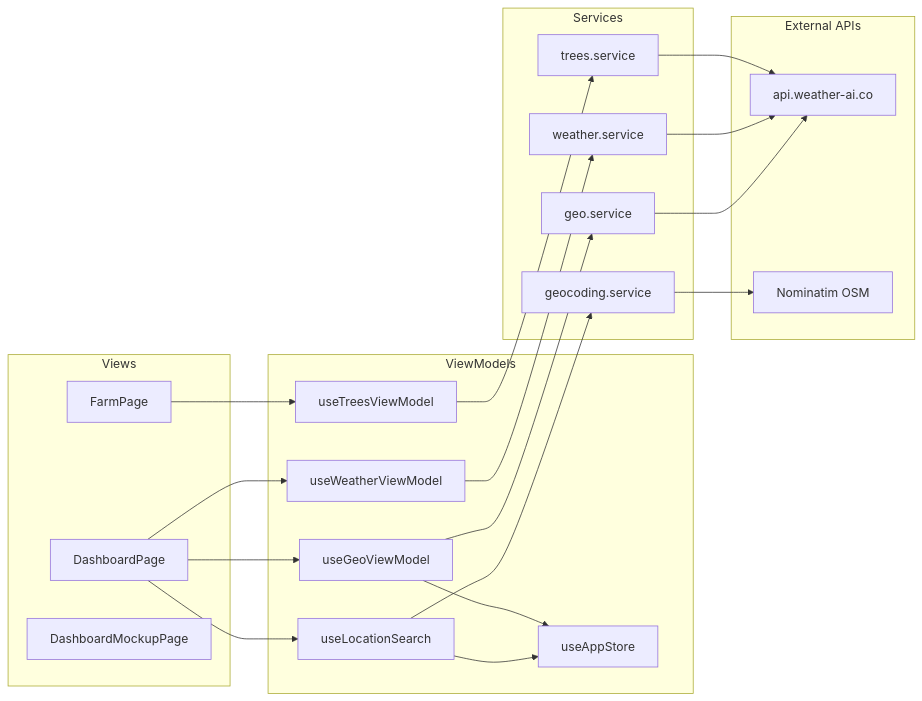
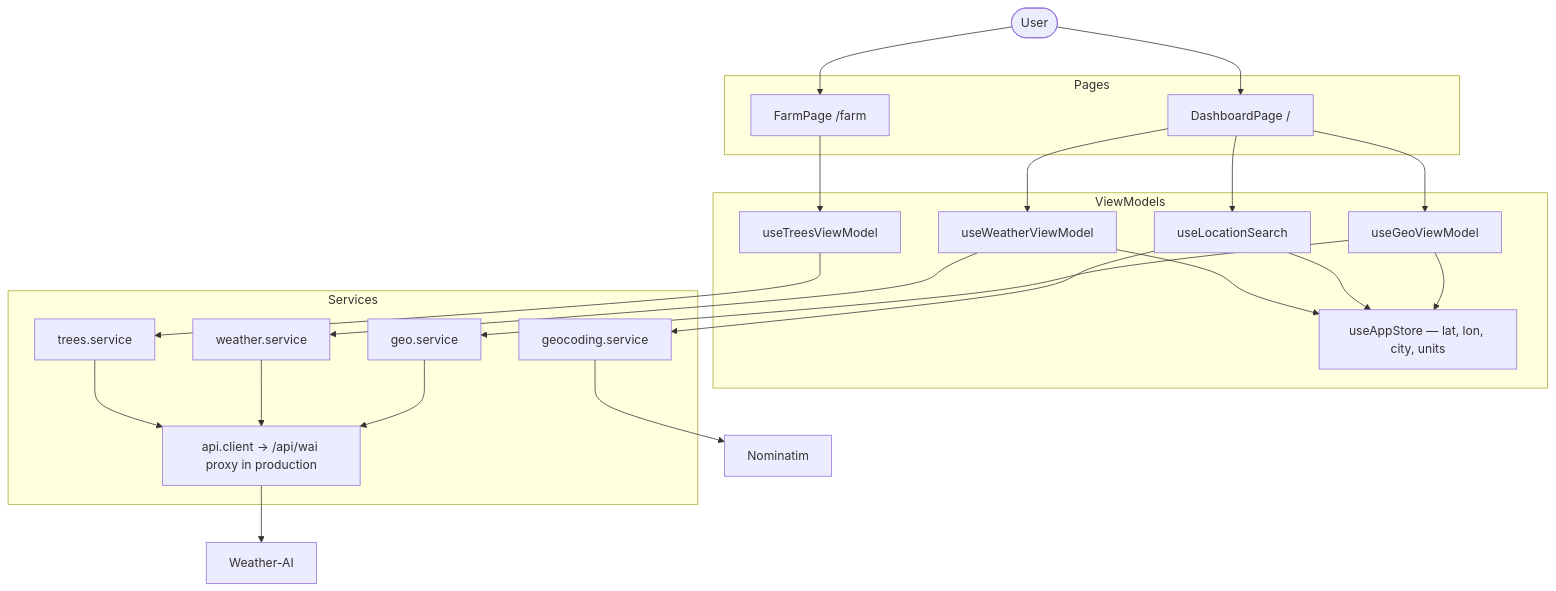
The second of 2 diagrams in README.md (nalugala-vc/WAI), drawn with Mermaid before and after one commit. The commit also changed other lines of this file and 3 other files, not shown here.

````diff
--- a/README.md
+++ b/README.md
@@ -100,43 +110,51 @@
 ```mermaid
-flowchart LR
-  subgraph views [Views]
-    Dashboard["DashboardPage"]
-    Farm["FarmPage"]
-    Demo["DashboardMockupPage"]
+flowchart TB
+  User(["User"])
+
+  subgraph pages [Pages]
+    Dash["DashboardPage /"]
+    Farm["FarmPage /farm"]
   end
 
-  subgraph vms [ViewModels]
-    GeoVM["useGeoViewModel"]
-    WeatherVM["useWeatherViewModel"]
-    SearchVM["useLocationSearch"]
-    TreesVM["useTreesViewModel"]
-    Store["useAppStore"]
+  subgraph hooks [ViewModels]
+    Store["useAppStore — lat, lon, city, units"]
+    Geo["useGeoViewModel"]
+    Weather["useWeatherViewModel"]
+    Search["useLocationSearch"]
+    Trees["useTreesViewModel"]
   end
 
-  subgraph services [Services]
+  subgraph http [Services]
     GeoSvc["geo.service"]
     WeatherSvc["weather.service"]
+    GeocodeSvc["geocoding.service"]
     TreesSvc["trees.service"]
-    GeocodeSvc["geocoding.service"]
+    Proxy["api.client → /api/wai proxy in production"]
   end
 
-  subgraph apis [External APIs]
-    WAI["api.weather-ai.co"]
-    NOM["Nominatim OSM"]
-  end
+  WAI["Weather-AI"]
+  NOM["Nominatim"]
 
-  Dashboard --> GeoVM
-  Dashboard --> WeatherVM
-  Dashboard --> SearchVM
-  Farm --> TreesVM
-  GeoVM --> GeoSvc
-  WeatherVM --> WeatherSvc
-  SearchVM --> GeocodeSvc
-  TreesVM --> TreesSvc
-  GeoSvc --> WAI
-  WeatherSvc --> WAI
-  TreesSvc --> WAI
+  User --> Dash
+  User --> Farm
+
+  Dash --> Geo
+  Dash --> Weather
+  Dash --> Search
+  Farm --> Trees
+
+  Geo --> GeoSvc
+  Weather --> WeatherSvc
+  Search --> GeocodeSvc
+  Trees --> TreesSvc
+
+  Geo --> Store
+  Search --> Store
+  Weather --> Store
+
+  GeoSvc --> Proxy
+  WeatherSvc --> Proxy
+  TreesSvc --> Proxy
+  Proxy --> WAI
   GeocodeSvc --> NOM
-  SearchVM --> Store
-  GeoVM --> Store
 ```
````
